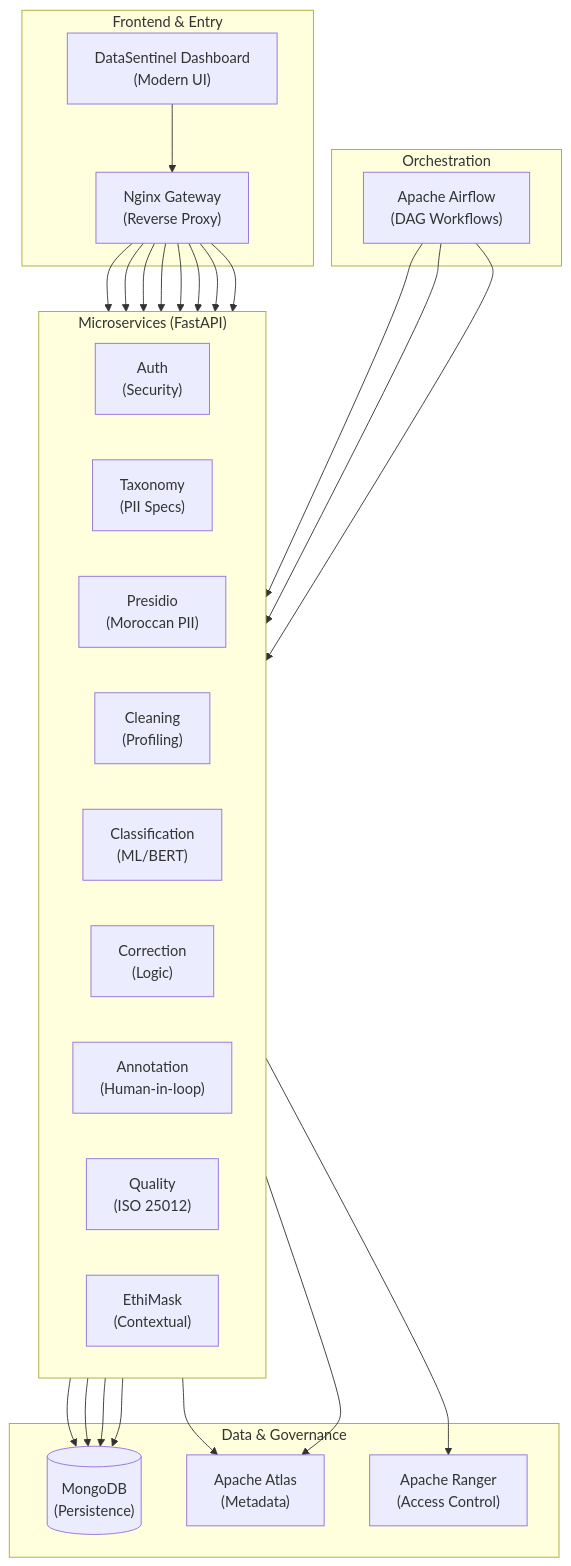
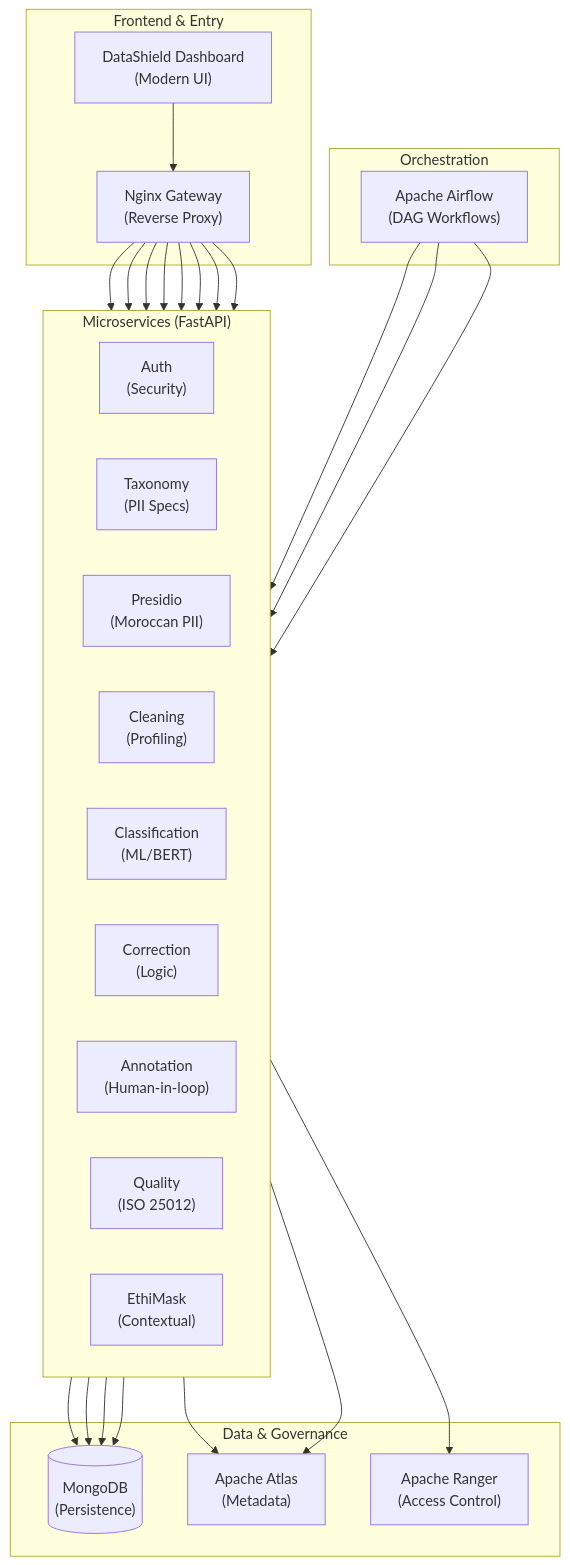
The first of 3 diagrams in README.md (manal-m1/DataShield-Production), drawn with Mermaid before and after one commit. The commit also changed other lines of this file, not shown here.

````diff
--- a/README.md
+++ b/README.md
@@ -50,53 +50,53 @@
 ```mermaid
 graph TB
     subgraph "Frontend & Entry"
-        UI["DataSentinel Dashboard<br/>(Modern UI)"]
+        UI["DataShield Dashboard<br/>(Modern UI)"]
         Gateway["Nginx Gateway<br/>(Reverse Proxy)"]
     end
 
     subgraph "Orchestration"
         Airflow["Apache Airflow<br/>(DAG Workflows)"]
     end
 
     subgraph "Microservices (FastAPI)"
         direction LR
         Auth["Auth<br/>(Security)"]
         Taxo["Taxonomy<br/>(PII Specs)"]
         Presidio["Presidio<br/>(Moroccan PII)"]
         Clean["Cleaning<br/>(Profiling)"]
         Class["Classification<br/>(ML/BERT)"]
         Corr["Correction<br/>(Logic)"]
         Anno["Annotation<br/>(Human-in-loop)"]
         Qual["Quality<br/>(ISO 25012)"]
         Mask["EthiMask<br/>(Contextual)"]
     end
 
     subgraph "Data & Governance"
         DB[("MongoDB<br/>(Persistence)")]
         Atlas["Apache Atlas<br/>(Metadata)"]
         Ranger["Apache Ranger<br/>(Access Control)"]
     end
 
     UI --> Gateway
     Gateway --> Auth
     Gateway --> Taxo
     Gateway --> Presidio
     Gateway --> Clean
     Gateway --> Class
     Gateway --> Anno
     Gateway --> Qual
     Gateway --> Mask
 
     Airflow --> Clean
     Airflow --> Class
     Airflow --> Qual
 
     Class --> DB
     Anno --> DB
     Taxo --> DB
     Auth --> DB
 
     Qual --> Atlas
     Class --> Atlas
     Mask --> Ranger
 ```
````
